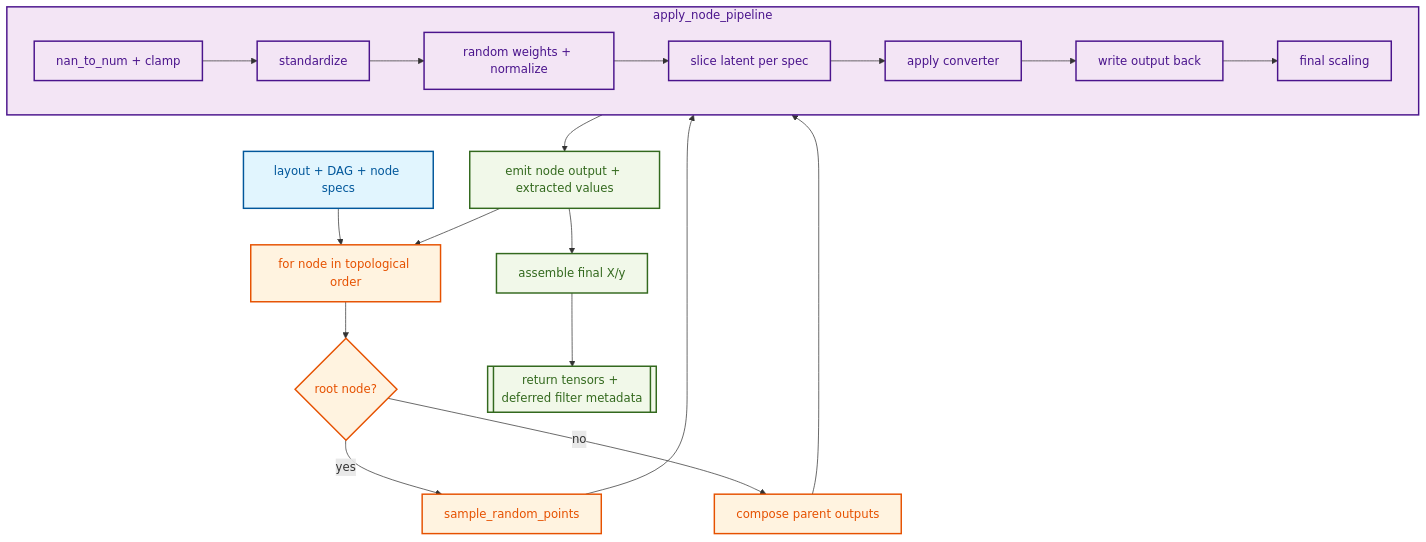
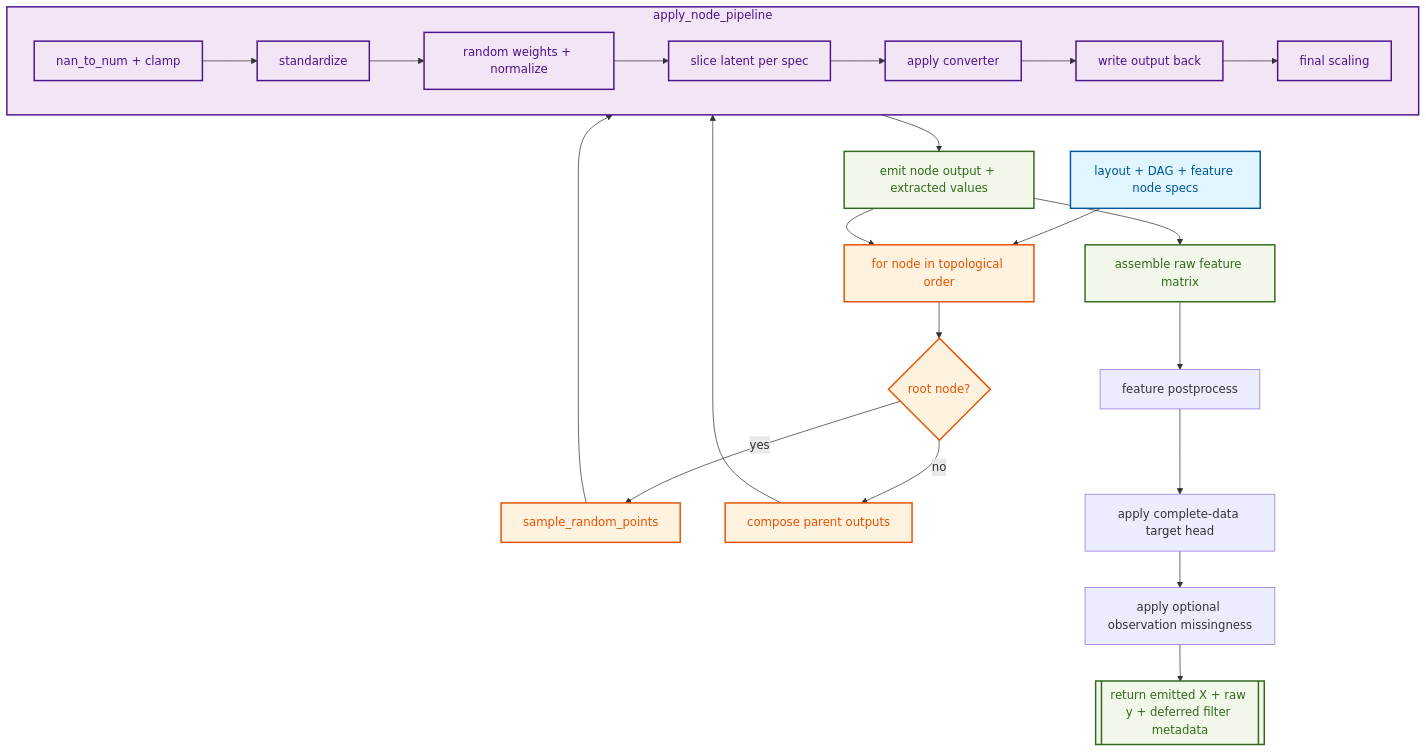
Before and after one commit to bensonlee5/cauchy-generator: the third of 3 diagrams in docs/how-it-works.md, drawn with Mermaid. The commit also changed other lines of this file and 30 other files, not shown here.

````diff
--- a/docs/how-it-works.md
+++ b/docs/how-it-works.md
@@ -346,37 +368,40 @@
 ```mermaid
 flowchart TB
     %% Class Definitions
     classDef setup fill:#e1f5fe,stroke:#01579b,stroke-width:2px,color:#01579b
     classDef loop fill:#fff3e0,stroke:#e65100,stroke-width:2px,color:#e65100
     classDef pipe fill:#f3e5f5,stroke:#4a148c,stroke-width:2px,color:#4a148c
     classDef out fill:#f1f8e9,stroke:#33691e,stroke-width:2px,color:#33691e
 
-    Setup[layout + DAG + node specs] --> Walk[for node in topological order]
+    Setup[layout + DAG + feature node specs] --> Walk[for node in topological order]
     Walk --> Root{root node?}
 
     Root -- yes --> RootSample[sample_random_points]
     Root -- no --> ParentMix[compose parent outputs]
 
     RootSample --> Pipe
     ParentMix --> Pipe
 
     subgraph Pipe [apply_node_pipeline]
         Clean[nan_to_num + clamp] --> Std[standardize]
         Std --> Weight[random weights + normalize]
         Weight --> Slice[slice latent per spec]
         Slice --> Convert[apply converter]
         Convert --> Feedback[write output back]
         Feedback --> Scale[final scaling]
     end
 
     Pipe --> Emit[emit node output + extracted values]
     Emit --> Walk
-    Emit --> Assemble[assemble final X/y]
-    Assemble --> Out[[return tensors + deferred filter metadata]]
+    Emit --> Assemble[assemble raw feature matrix]
+    Assemble --> PostX[feature postprocess]
+    PostX --> TargetHead[apply complete-data target head]
+    TargetHead --> Missing[apply optional observation missingness]
+    Missing --> Out[[return emitted X + raw y + deferred filter metadata]]
 
     %% Assign Classes
     class Setup setup
     class Walk,Root,RootSample,ParentMix loop
     class Clean,Std,Weight,Slice,Convert,Feedback,Scale,Pipe pipe
     class Emit,Assemble,Out out
 ```
````
